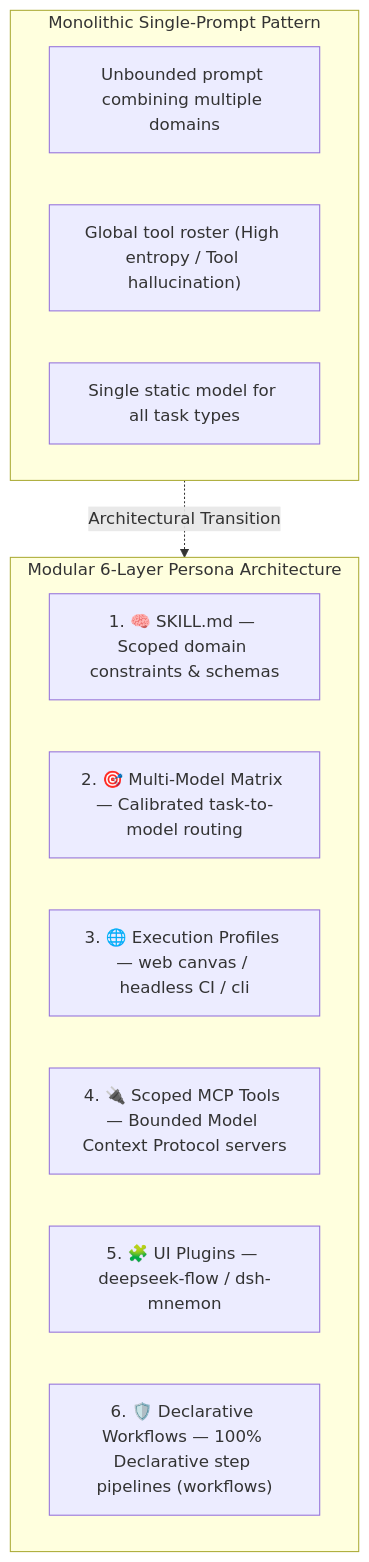
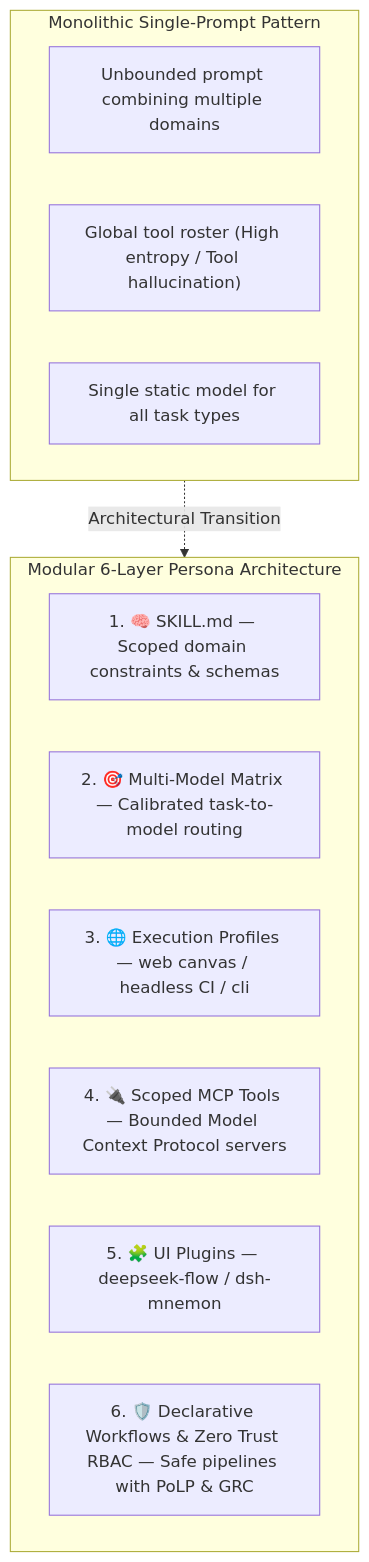
Before and after one commit to hdjebar/DSH-DDS: the first of 2 diagrams in docs/research-notes-ai-personas.md, drawn with Mermaid. The commit also changed other lines of this file, not shown here.

Commit message:
docs(research): incorporate Zero Trust RBAC, Landlock LSM, and GRC foundations

````diff
--- a/docs/research-notes-ai-personas.md
+++ b/docs/research-notes-ai-personas.md
@@ -30,19 +30,19 @@
 ```mermaid
 flowchart TD
     subgraph Monolithic_Pattern ["Monolithic Single-Prompt Pattern"]
         M1["Unbounded prompt combining multiple domains"]
         M2["Global tool roster (High entropy / Tool hallucination)"]
         M3["Single static model for all task types"]
     end
 
     subgraph Persona_Pattern ["Modular 6-Layer Persona Architecture"]
         P1["1. 🧠 SKILL.md — Scoped domain constraints & schemas"]
         P2["2. 🎯 Multi-Model Matrix — Calibrated task-to-model routing"]
         P3["3. 🌐 Execution Profiles — web canvas / headless CI / cli"]
         P4["4. 🔌 Scoped MCP Tools — Bounded Model Context Protocol servers"]
         P5["5. 🧩 UI Plugins — deepseek-flow / dsh-mnemon"]
-        P6["6. 🛡️ Declarative Workflows — 100% Declarative step pipelines (workflows)"]
+        P6["6. 🛡️ Declarative Workflows & Zero Trust RBAC — Safe pipelines with PoLP & GRC"]
     end
 
     Monolithic_Pattern -.->|Architectural Transition| Persona_Pattern
 ```
````
